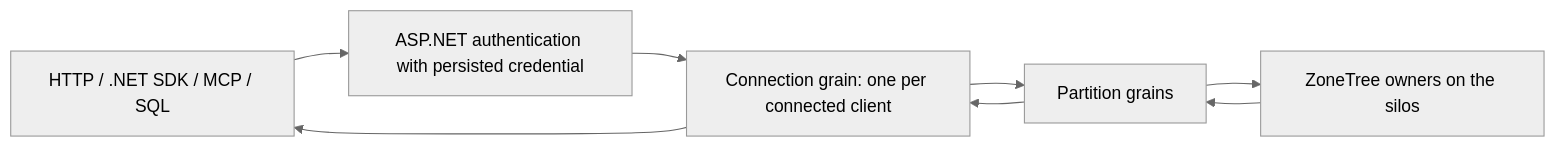
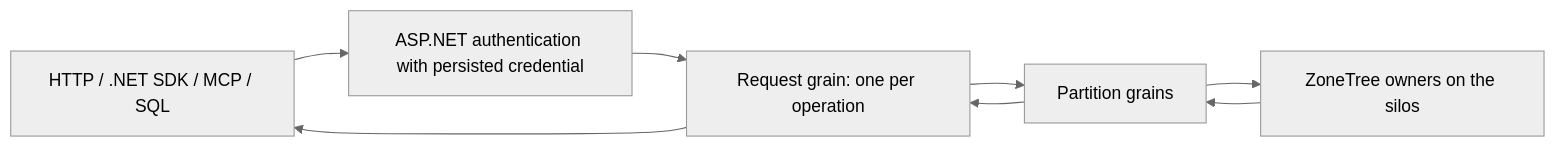
The first of 4 diagrams in docs/Features/ClientApi.md (managedcode/KeyLoad), drawn with Mermaid (neutral theme) before and after one commit. The commit also changed other lines of this file and 27 other files, not shown here.

````diff
--- a/docs/Features/ClientApi.md
+++ b/docs/Features/ClientApi.md
@@ -5,10 +5,10 @@
 ```mermaid
 flowchart LR
     C[HTTP / .NET SDK / MCP / SQL] --> N[ASP.NET authentication with persisted credential]
-    N --> G[Connection grain: one per connected client]
+    N --> G[Request grain: one per operation]
     G --> P[Partition grains]
     P --> Z[ZoneTree owners on the silos]
     Z --> P
     P --> G
     G --> C
 ```
````
